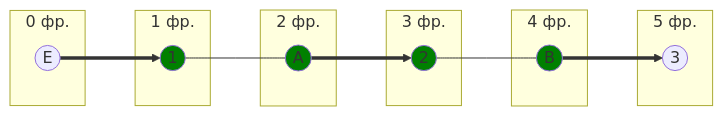
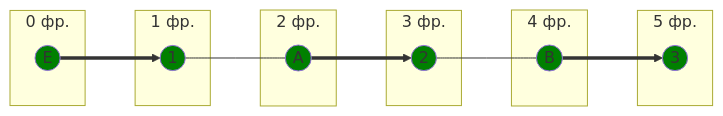
Diagram 15 of 17 in Задание 8/syndicate.md (algos-ris-24-3/manual-tasks), drawn with Mermaid before and after one commit. The commit also changed other lines of this file, not shown here.

````diff
--- a/Задание 8/syndicate.md
+++ b/Задание 8/syndicate.md
@@ -536,30 +643,32 @@
 ```mermaid
 graph LR
     subgraph " 0 фр."
         E((E))
     end
     subgraph " 1 фр."
         1((1))
     end
     subgraph " 2 фр."
         A((A))
         
     end
     subgraph " 3 фр."
         2((2))
     end
     subgraph " 4 фр."
         B((B))
     end
        subgraph " 5 фр."
         3((3))
     end
     
     E ==> 1 --- A ==> 2 --- B ==> 3
 
     
     style A fill:#008000
     style B fill:#008000
+    style E fill:#008000
     style 1 fill:#008000
     style 2 fill:#008000
+    style 3 fill:#008000
 ```
````
